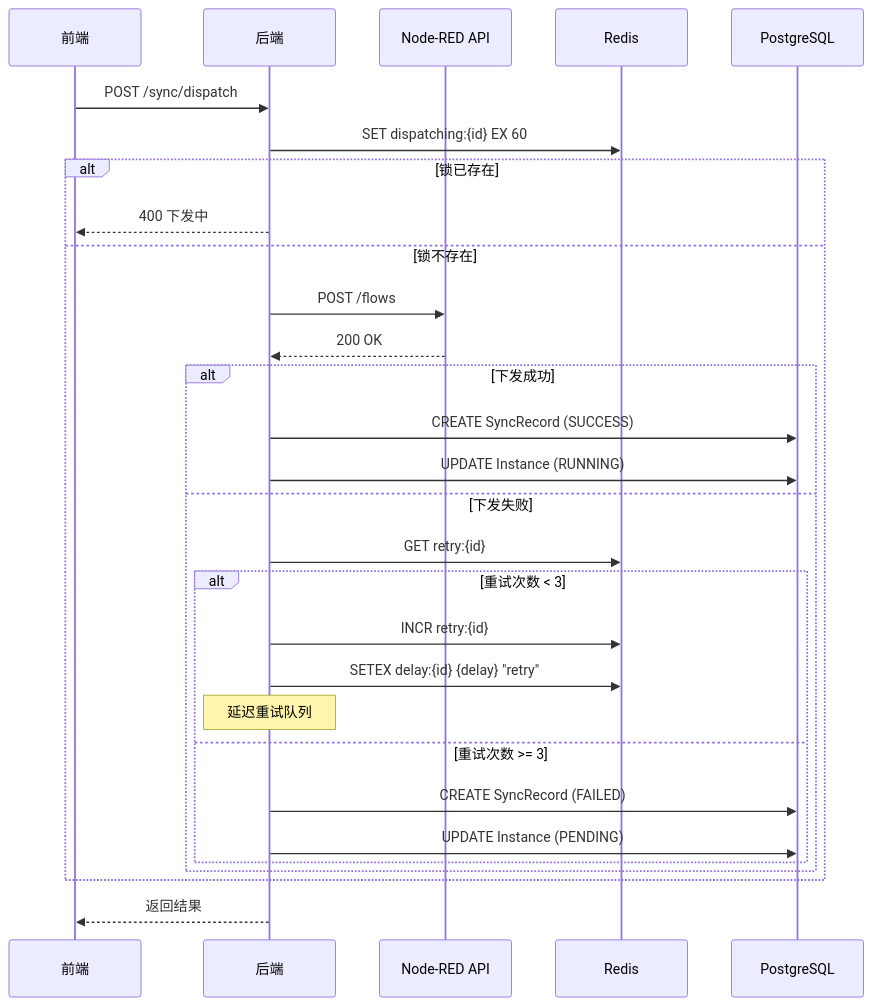
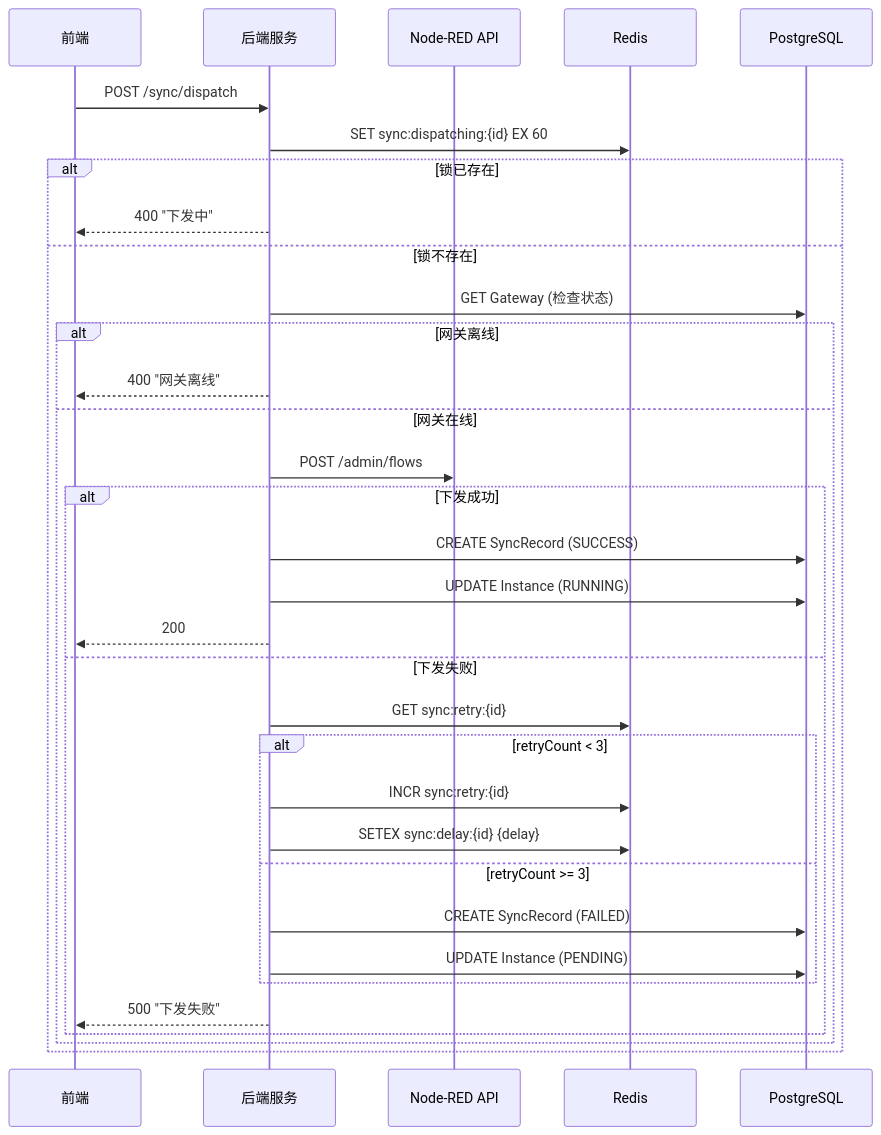
Before and after one commit to JusKyle/nodered-collect: the first of 2 diagrams in specs/features/配置下发与同步_技术方案.md, drawn with Mermaid. The commit also changed other lines of this file and 3 other files, not shown here.

````diff
--- a/specs/features/配置下发与同步_技术方案.md
+++ b/specs/features/配置下发与同步_技术方案.md
@@ -174,36 +250,41 @@
 ```mermaid
 sequenceDiagram
     participant Frontend as 前端
-    participant Backend as 后端
+    participant Backend as 后端服务
     participant NodeRED as Node-RED API
     participant Redis as Redis
     participant DB as PostgreSQL
 
     Frontend->>Backend: POST /sync/dispatch
-    Backend->>Redis: SET dispatching:{id} EX 60
+    Backend->>Redis: SET sync:dispatching:{id} EX 60
 
     alt 锁已存在
-        Backend-->>Frontend: 400 下发中
+        Backend-->>Frontend: 400 "下发中"
     else 锁不存在
-        Backend->>NodeRED: POST /flows
-        NodeRED-->>Backend: 200 OK
-
-        alt 下发成功
-            Backend->>DB: CREATE SyncRecord (SUCCESS)
-            Backend->>DB: UPDATE Instance (RUNNING)
-        else 下发失败
-            Backend->>Redis: GET retry:{id}
-
-            alt 重试次数 < 3
-                Backend->>Redis: INCR retry:{id}
-                Backend->>Redis: SETEX delay:{id} {delay} "retry"
-                Note over Backend: 延迟重试队列
-            else 重试次数 >= 3
-                Backend->>DB: CREATE SyncRecord (FAILED)
-                Backend->>DB: UPDATE Instance (PENDING)
+        Backend->>DB: GET Gateway (检查状态)
+        
+        alt 网关离线
+            Backend-->>Frontend: 400 "网关离线"
+        else 网关在线
+            Backend->>NodeRED: POST /admin/flows
+            
+            alt 下发成功
+                Backend->>DB: CREATE SyncRecord (SUCCESS)
+                Backend->>DB: UPDATE Instance (RUNNING)
+                Backend-->>Frontend: 200
+            else 下发失败
+                Backend->>Redis: GET sync:retry:{id}
+                
+                alt retryCount < 3
+                    Backend->>Redis: INCR sync:retry:{id}
+                    Backend->>Redis: SETEX sync:delay:{id} {delay}
+                else retryCount >= 3
+                    Backend->>DB: CREATE SyncRecord (FAILED)
+                    Backend->>DB: UPDATE Instance (PENDING)
+                end
+                
+                Backend-->>Frontend: 500 "下发失败"
             end
         end
     end
-
-    Backend-->>Frontend: 返回结果
 ```
````
